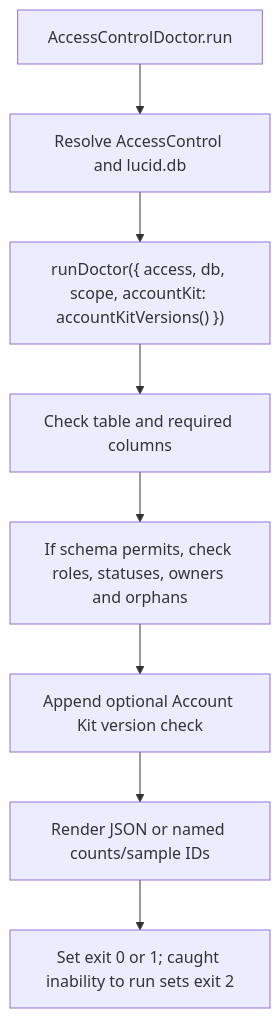
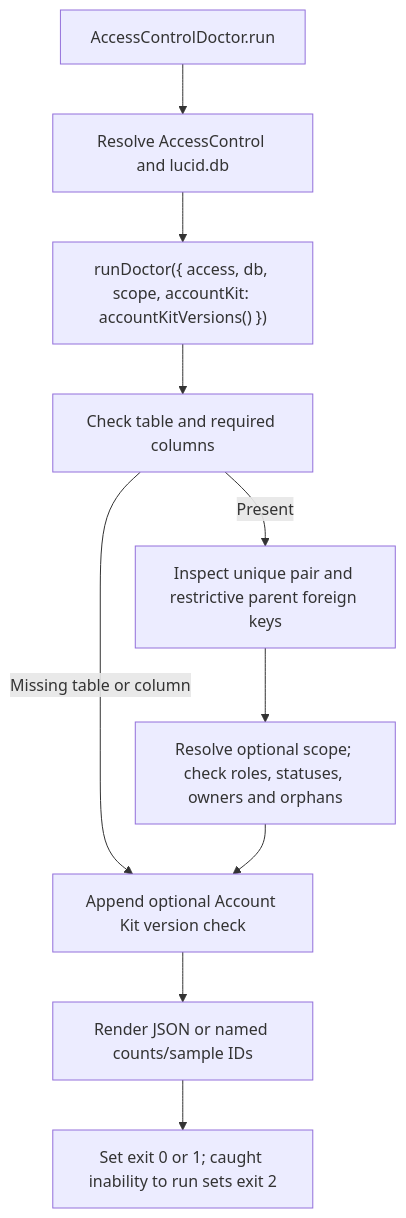
The second of 2 diagrams in user-stories/US-ACCESS-22-diagnose-installation.md (Kevinjohn/oss-adonisjs-access-control), drawn with Mermaid before and after one commit. The commit also changed other lines of this file and 31 other files, not shown here.

````diff
--- a/user-stories/US-ACCESS-22-diagnose-installation.md
+++ b/user-stories/US-ACCESS-22-diagnose-installation.md
@@ -36,10 +38,12 @@
 ```mermaid
 flowchart TD
     A["AccessControlDoctor.run"] --> B["Resolve AccessControl and lucid.db"]
     B --> C["runDoctor({ access, db, scope, accountKit: accountKitVersions() })"]
     C --> D["Check table and required columns"]
-    D --> E["If schema permits, check roles, statuses, owners and orphans"]
-    E --> F["Append optional Account Kit version check"]
+    D -->|Missing table or column| F["Append optional Account Kit version check"]
+    D -->|Present| I["Inspect unique pair and restrictive parent foreign keys"]
+    I --> E["Resolve optional scope; check roles, statuses, owners and orphans"]
+    E --> F
     F --> G["Render JSON or named counts/sample IDs"]
     G --> H["Set exit 0 or 1; caught inability to run sets exit 2"]
 ```
````
